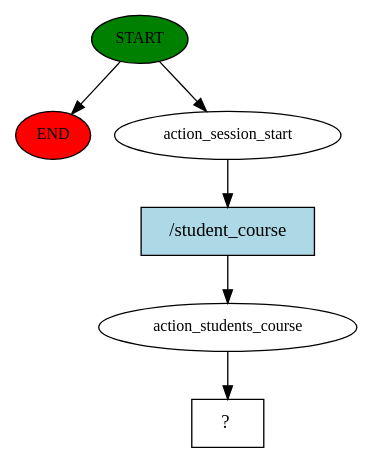
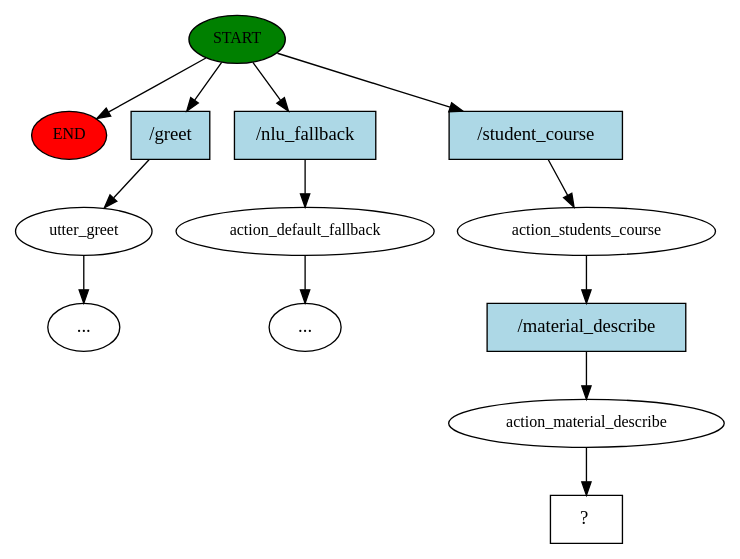
The diagram in Rasa/story_graph.dot (Divleen12/474-IntelligentSystems), drawn with Graphviz before and after one commit. The commit also changed 3 other files, not shown here.

```diff
--- a/Rasa/story_graph.dot
+++ b/Rasa/story_graph.dot
@@ -1,13 +1,27 @@
 digraph  {
 0 [class="start active", fillcolor=green, fontsize=12, label=START, style=filled];
 "-1" [class=end, fillcolor=red, fontsize=12, label=END, style=filled];
-1 [class=active, fontsize=12, label=action_session_start];
-2 [class=active, fontsize=12, label=action_students_course];
-3 [class="intent dashed active", label="  ?  ", shape=rect];
-4 [class="intent active", fillcolor=lightblue, label="/student_course", shape=rect, style=filled];
+1 [class="", fontsize=12, label=utter_greet];
+12 [class="", fontsize=12, label=action_default_fallback];
+"-14" [class=ellipsis, label="..."];
+"-21" [class=ellipsis, label="..."];
+20 [class=active, fontsize=12, label=action_students_course];
+21 [class=active, fontsize=12, label=action_material_describe];
+22 [class="intent dashed active", label="  ?  ", shape=rect];
+23 [class=intent, fillcolor=lightblue, label="/greet", shape=rect, style=filled];
+24 [class=intent, fillcolor=lightblue, label="/nlu_fallback", shape=rect, style=filled];
+25 [class="intent active", fillcolor=lightblue, label="/student_course", shape=rect, style=filled];
+26 [class="intent active", fillcolor=lightblue, label="/material_describe", shape=rect, style=filled];
 0 -> "-1"  [class="", key=NONE, label=""];
-0 -> 1  [class=active, key=NONE, label=""];
-1 -> 4  [class=active, key=0];
-2 -> 3  [class=active, key=NONE, label=""];
-4 -> 2  [class=active, key=0];
+0 -> 23  [class="", key=0];
+0 -> 24  [class="", key=0];
+0 -> 25  [class=active, key=0];
+1 -> "-21"  [class="", key=NONE, label=""];
+12 -> "-14"  [class="", key=NONE, label=""];
+20 -> 26  [class=active, key=0];
+21 -> 22  [class=active, key=NONE, label=""];
+23 -> 1  [class="", key=0];
+24 -> 12  [class="", key=0];
+25 -> 20  [class=active, key=0];
+26 -> 21  [class=active, key=0];
 }
```
